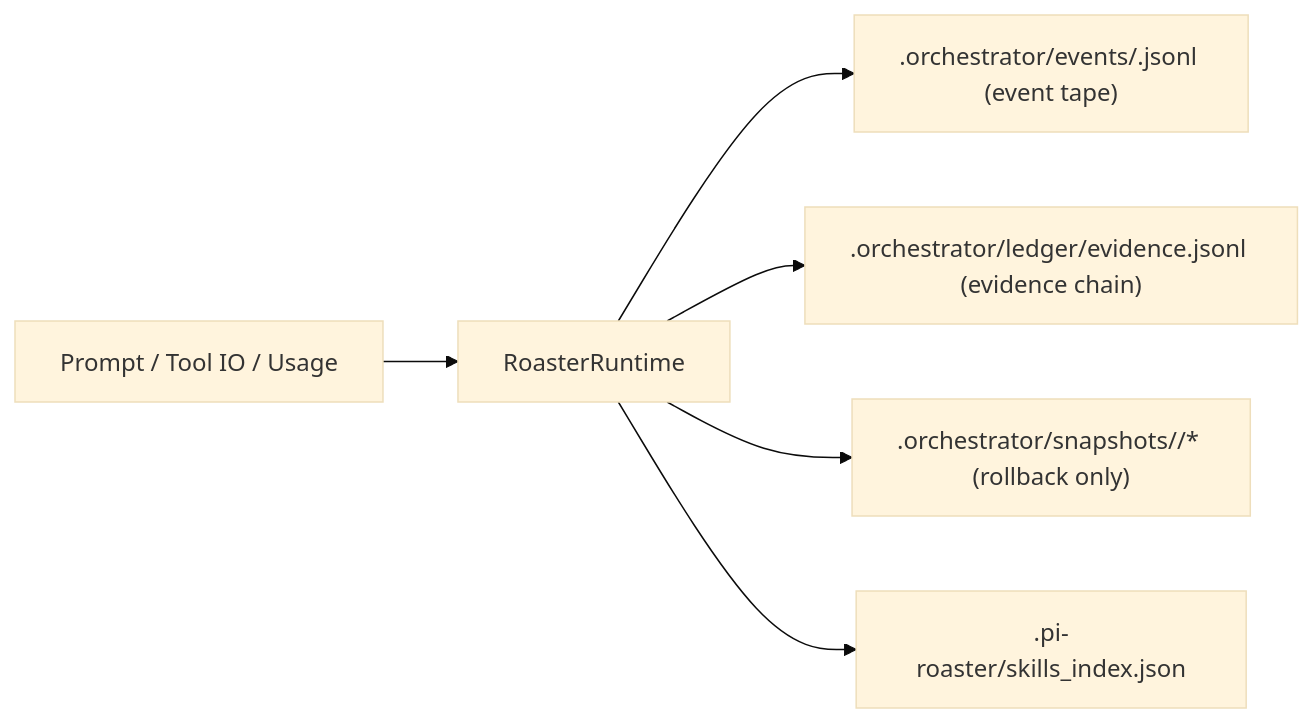
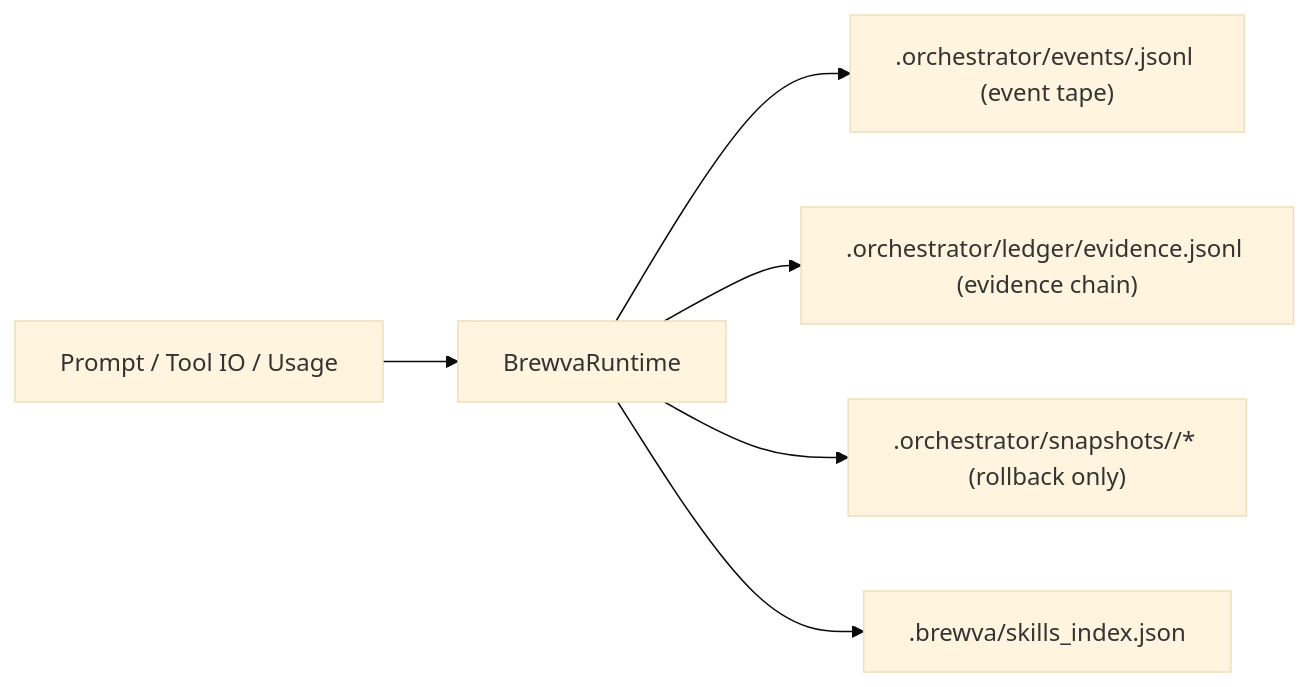
The third of 5 diagrams in docs/architecture/control-and-data-flow.md (arcthur/brewva), drawn with Mermaid (base theme) before and after one commit. The commit also changed other lines of this file and 252 other files, not shown here.

First line of the commit message:
chore: rename project from pi-roaster to brewva

````diff
--- a/docs/architecture/control-and-data-flow.md
+++ b/docs/architecture/control-and-data-flow.md
@@ -50,8 +50,8 @@
 ```mermaid
 flowchart LR
-  INPUT["Prompt / Tool IO / Usage"] --> RT["RoasterRuntime"]
+  INPUT["Prompt / Tool IO / Usage"] --> RT["BrewvaRuntime"]
   RT --> EVENTS[".orchestrator/events/<session>.jsonl (event tape)"]
   RT --> LEDGER[".orchestrator/ledger/evidence.jsonl (evidence chain)"]
   RT --> SNAP[".orchestrator/snapshots/<session>/* (rollback only)"]
-  RT --> INDEX[".pi-roaster/skills_index.json"]
+  RT --> INDEX[".brewva/skills_index.json"]
 ```
````
